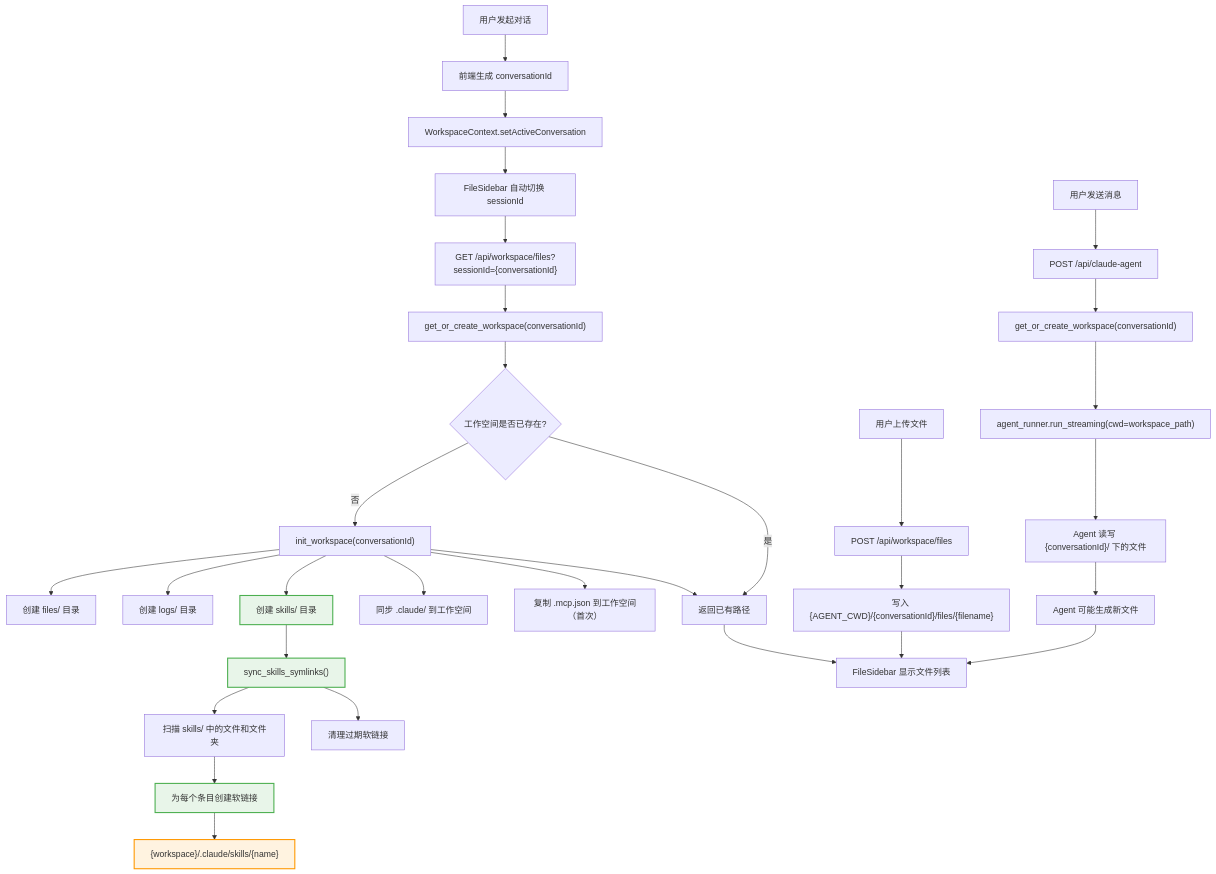
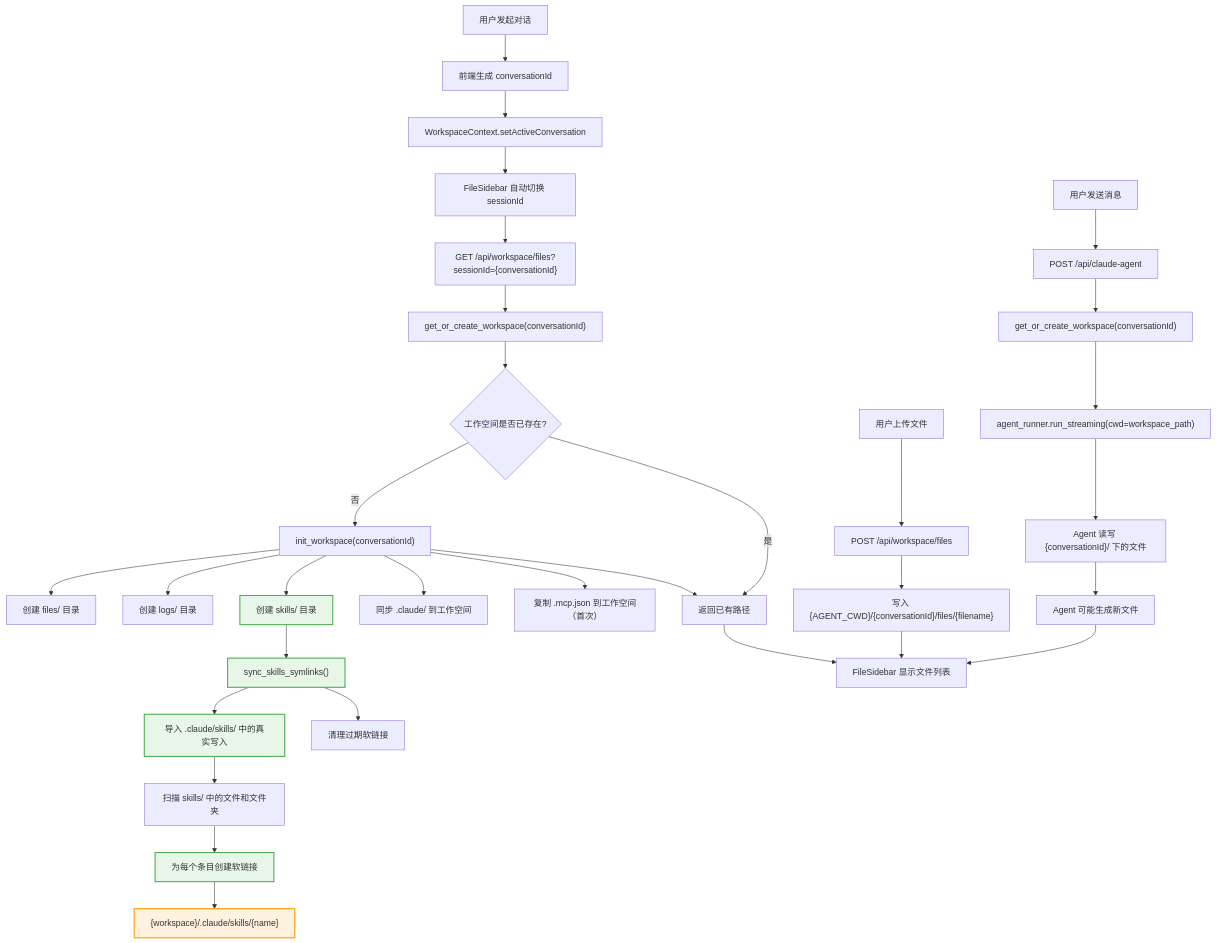
Before and after one commit to glide-the/im-dream: the first of 4 diagrams in docs/design/workspace/workspace-skills-flow.md, drawn with Mermaid. The commit also changed other lines of this file and 16 other files, not shown here.

First line of the commit message:
feat: implement skills synchronization for direct writes in .claude/skills

````diff
--- a/docs/design/workspace/workspace-skills-flow.md
+++ b/docs/design/workspace/workspace-skills-flow.md
@@ -14,43 +16,45 @@
 ```mermaid
 flowchart TD
     A[用户发起对话] --> B[前端生成 conversationId]
     B --> C[WorkspaceContext.setActiveConversation]
     C --> D[FileSidebar 自动切换 sessionId]
 
     D --> E["GET /api/workspace/files?sessionId={conversationId}"]
     E --> F["get_or_create_workspace(conversationId)"]
     F --> G{工作空间是否已存在?}
     G -- 否 --> H["init_workspace(conversationId)"]
     G -- 是 --> I[返回已有路径]
 
     H --> H1["创建 files/ 目录"]
     H --> H2["创建 logs/ 目录"]
     H --> H3["创建 skills/ 目录"]
     H --> H4["同步 .claude/ 到工作空间"]
     H --> H5["复制 .mcp.json 到工作空间（首次）"]
     H3 --> H6["sync_skills_symlinks()"]
-    H6 --> H7["扫描 skills/ 中的文件和文件夹"]
+    H6 --> H6A["导入 .claude/skills/ 中的真实写入"]
+    H6A --> H7["扫描 skills/ 中的文件和文件夹"]
     H7 --> H8["为每个条目创建软链接"]
     H8 --> H9["{workspace}/.claude/skills/{name}"]
     H6 --> H10["清理过期软链接"]
 
     H --> I
 
     I --> J[FileSidebar 显示文件列表]
 
     K[用户上传文件] --> L["POST /api/workspace/files"]
     L --> M["写入 {AGENT_CWD}/{conversationId}/files/{filename}"]
     M --> J
 
     N[用户发送消息] --> O["POST /api/claude-agent"]
     O --> P["get_or_create_workspace(conversationId)"]
     P --> Q["agent_runner.run_streaming(cwd=workspace_path)"]
     Q --> R["Agent 读写 {conversationId}/ 下的文件"]
     R --> S["Agent 可能生成新文件"]
     S --> J
 
     style H3 fill:#e8f5e9,stroke:#4caf50,stroke-width:2px
     style H6 fill:#e8f5e9,stroke:#4caf50,stroke-width:2px
+    style H6A fill:#e8f5e9,stroke:#4caf50,stroke-width:2px
     style H8 fill:#e8f5e9,stroke:#4caf50,stroke-width:2px
     style H9 fill:#fff3e0,stroke:#ff9800,stroke-width:2px
 ```
````
